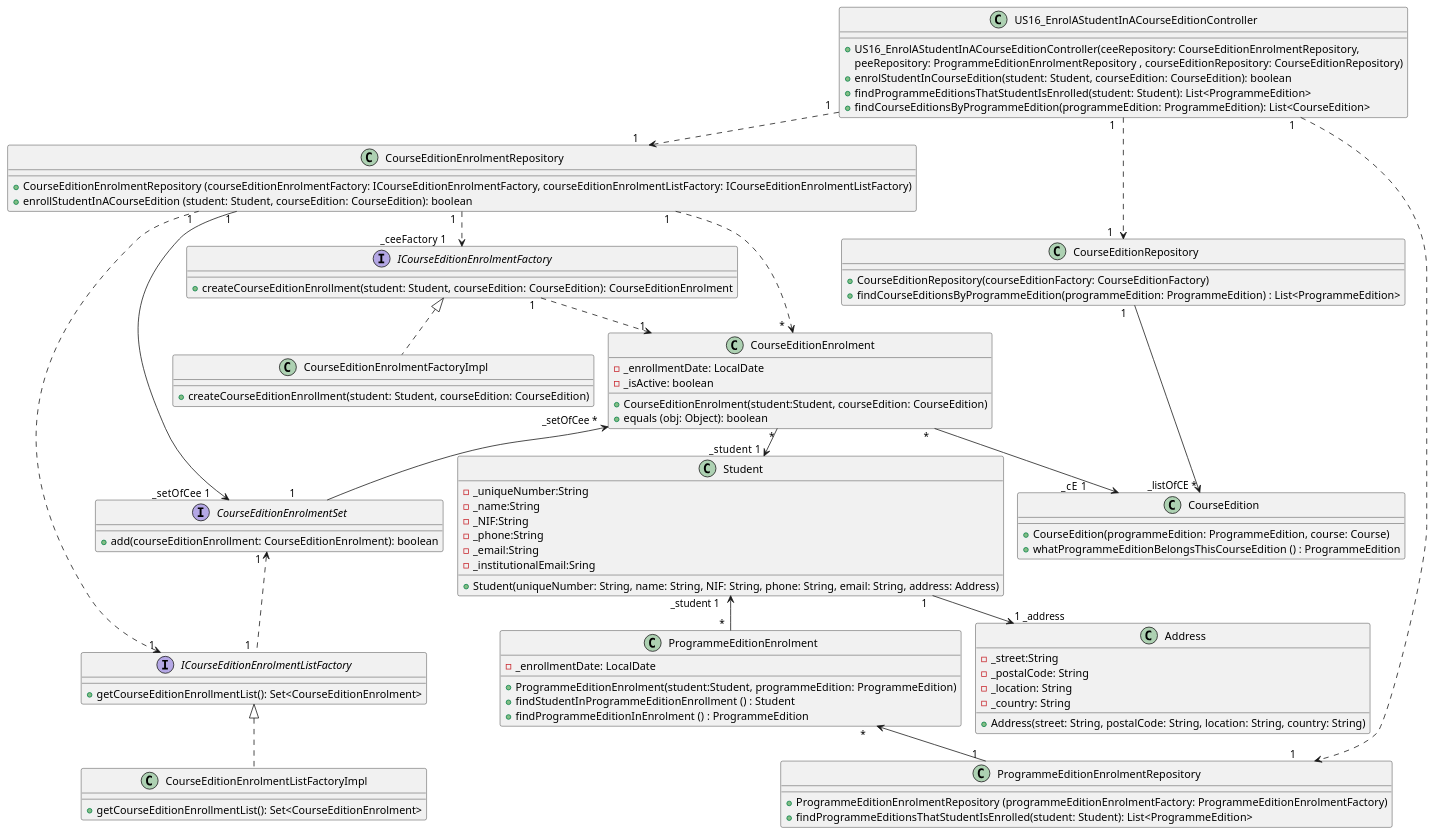
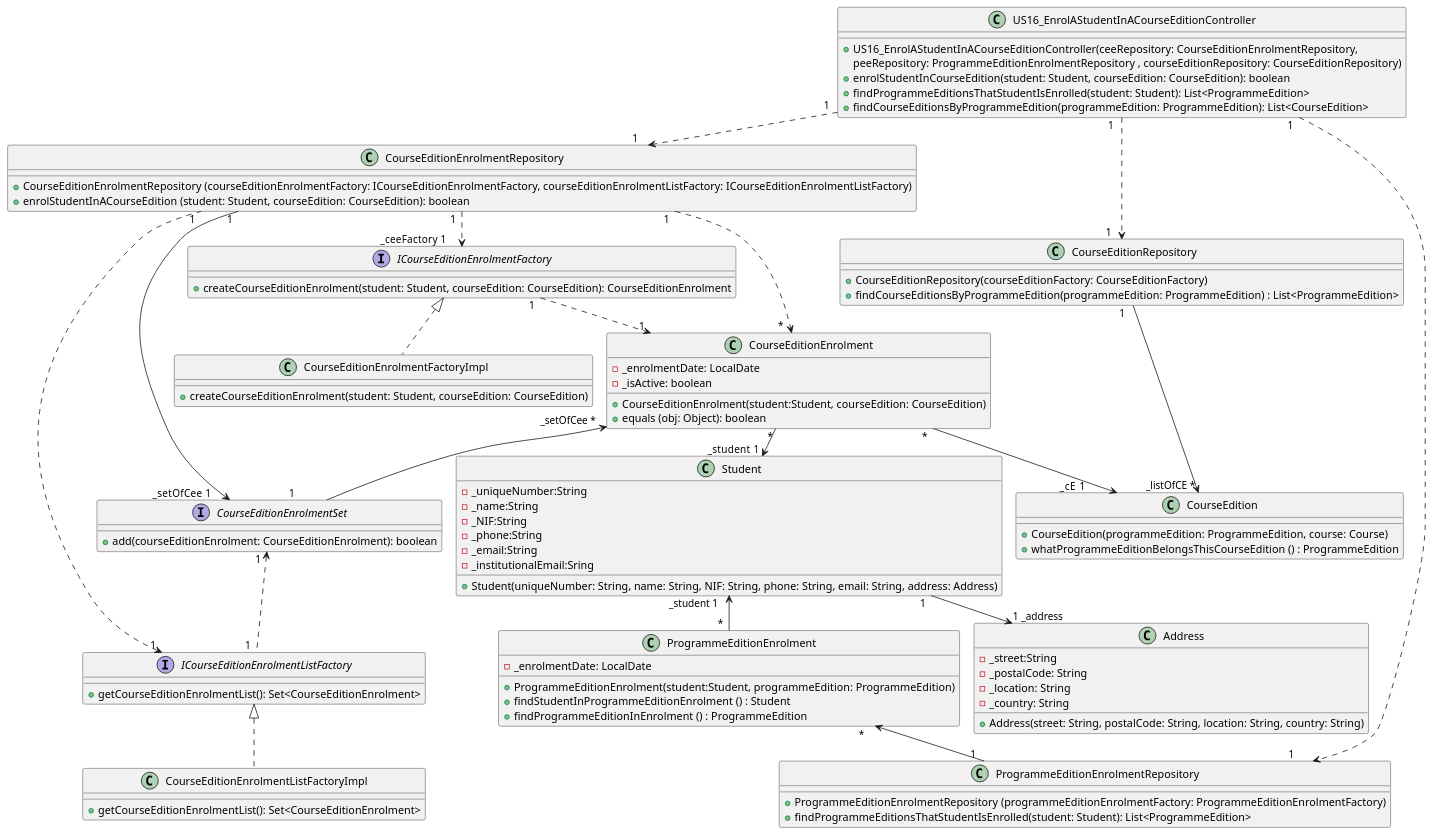
The diagram in docs/US16/US16_EnrolAStudentInACourseEdition_ClassDiagram.puml (GasparISEP/DevOps-PAI), drawn with PlantUML before and after one commit. The commit also changed 16 other files, not shown here.

Commit message:
refactor: changed 'enrollment' to 'enrolment' in US16

```diff
--- a/docs/US16/US16_EnrolAStudentInACourseEdition_ClassDiagram.puml
+++ b/docs/US16/US16_EnrolAStudentInACourseEdition_ClassDiagram.puml
@@ -1,103 +1,103 @@
 @startuml
 !pragma layout smetana
 
 class US16_EnrolAStudentInACourseEditionController {
     +US16_EnrolAStudentInACourseEditionController(ceeRepository: CourseEditionEnrolmentRepository,
     peeRepository: ProgrammeEditionEnrolmentRepository , courseEditionRepository: CourseEditionRepository)
     +enrolStudentInCourseEdition(student: Student, courseEdition: CourseEdition): boolean
     +findProgrammeEditionsThatStudentIsEnrolled(student: Student): List<ProgrammeEdition>
     +findCourseEditionsByProgrammeEdition(programmeEdition: ProgrammeEdition): List<CourseEdition>
 }
 
 class CourseEditionEnrolmentFactoryImpl{
-    +createCourseEditionEnrollment(student: Student, courseEdition: CourseEdition)
+    +createCourseEditionEnrolment(student: Student, courseEdition: CourseEdition)
 }
 
 class CourseEditionEnrolment {
-    -_enrollmentDate: LocalDate
+    -_enrolmentDate: LocalDate
     - _isActive: boolean
     +CourseEditionEnrolment(student:Student, courseEdition: CourseEdition)
     +equals (obj: Object): boolean
 }
 
 interface ICourseEditionEnrolmentListFactory{
-    +getCourseEditionEnrollmentList(): Set<CourseEditionEnrolment>
+    +getCourseEditionEnrolmentList(): Set<CourseEditionEnrolment>
 }
 
 class CourseEditionEnrolmentListFactoryImpl {
-    +getCourseEditionEnrollmentList(): Set<CourseEditionEnrolment>
+    +getCourseEditionEnrolmentList(): Set<CourseEditionEnrolment>
 }
 
 interface ICourseEditionEnrolmentFactory{
-    +createCourseEditionEnrollment(student: Student, courseEdition: CourseEdition): CourseEditionEnrolment
+    +createCourseEditionEnrolment(student: Student, courseEdition: CourseEdition): CourseEditionEnrolment
 }
 
 class CourseEditionEnrolmentRepository {
     +CourseEditionEnrolmentRepository (courseEditionEnrolmentFactory: ICourseEditionEnrolmentFactory, courseEditionEnrolmentListFactory: ICourseEditionEnrolmentListFactory)
-    +enrollStudentInACourseEdition (student: Student, courseEdition: CourseEdition): boolean
+    +enrolStudentInACourseEdition (student: Student, courseEdition: CourseEdition): boolean
 }
 
 class ProgrammeEditionEnrolment {
-    -_enrollmentDate: LocalDate
+    -_enrolmentDate: LocalDate
     +ProgrammeEditionEnrolment(student:Student, programmeEdition: ProgrammeEdition)
-    +findStudentInProgrammeEditionEnrollment () : Student
+    +findStudentInProgrammeEditionEnrolment () : Student
     +findProgrammeEditionInEnrolment () : ProgrammeEdition
 }
 
 interface CourseEditionEnrolmentSet {
-    +add(courseEditionEnrollment: CourseEditionEnrolment): boolean
+    +add(courseEditionEnrolment: CourseEditionEnrolment): boolean
 }
 
 class ProgrammeEditionEnrolmentRepository {
     +ProgrammeEditionEnrolmentRepository (programmeEditionEnrolmentFactory: ProgrammeEditionEnrolmentFactory)
     +findProgrammeEditionsThatStudentIsEnrolled(student: Student): List<ProgrammeEdition>
 }
 
 class Student {
     -_uniqueNumber:String
     -_name:String
     -_NIF:String
     -_phone:String
     -_email:String
     -_institutionalEmail:Sring
     +Student(uniqueNumber: String, name: String, NIF: String, phone: String, email: String, address: Address)
 }
 
 class Address {
      -_street:String
      -_postalCode: String
      -_location: String
      -_country: String
      +Address(street: String, postalCode: String, location: String, country: String)
 }
 
 class CourseEdition {
     +CourseEdition(programmeEdition: ProgrammeEdition, course: Course)
     +whatProgrammeEditionBelongsThisCourseEdition () : ProgrammeEdition
 }
 
 class CourseEditionRepository {
     +CourseEditionRepository(courseEditionFactory: CourseEditionFactory)
     +findCourseEditionsByProgrammeEdition(programmeEdition: ProgrammeEdition) : List<ProgrammeEdition>
 }
 
 CourseEdition "_listOfCE * " <-u- "1   " CourseEditionRepository
 Student "  _student  1 " <-u- " * " CourseEditionEnrolment
 CourseEditionEnrolment "    *  " --> "    _cE  1            " CourseEdition
 ProgrammeEditionEnrolment "      *  " -u-> "_student 1    " Student
 ProgrammeEditionEnrolment " *    " <-- "1   " ProgrammeEditionEnrolmentRepository
 US16_EnrolAStudentInACourseEditionController "1   "..> "1    " CourseEditionRepository
 US16_EnrolAStudentInACourseEditionController "1  "..> "1       " ProgrammeEditionEnrolmentRepository
 US16_EnrolAStudentInACourseEditionController "1   "..> "  1    " CourseEditionEnrolmentRepository
 Address "1 _address            " <-u- "  1  " Student
 CourseEditionEnrolmentSet "   1            " -u->  "_setOfCee *    " CourseEditionEnrolment
 CourseEditionEnrolmentRepository " 1  " -u-> "_setOfCee  1       " CourseEditionEnrolmentSet
 CourseEditionEnrolmentRepository"   1  " ..> " *   "CourseEditionEnrolment
 ICourseEditionEnrolmentFactory <|.. CourseEditionEnrolmentFactoryImpl
 ICourseEditionEnrolmentListFactory <|.. CourseEditionEnrolmentListFactoryImpl
 CourseEditionEnrolmentRepository "1  " .u.> "1  " ICourseEditionEnrolmentListFactory
 CourseEditionEnrolmentRepository "1  " ..> "_ceeFactory  1      " ICourseEditionEnrolmentFactory
 ICourseEditionEnrolmentFactory "1  " ..> "1  " CourseEditionEnrolment
 ICourseEditionEnrolmentListFactory "1  " .u.> "1  " CourseEditionEnrolmentSet
 
 @enduml
```
